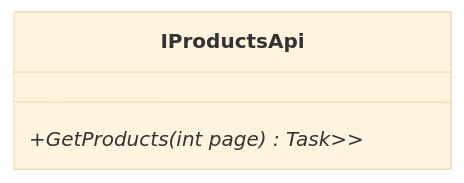
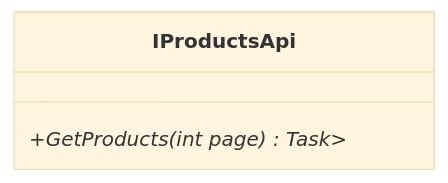
Before and after one commit to dominikus1993/argo-rossmann-product-fetcher: the fifth of 10 diagrams in CODE_METRICS.md, drawn with Mermaid (base theme). The commit also changed other lines of this file, not shown here.

````diff
--- a/CODE_METRICS.md
+++ b/CODE_METRICS.md
@@ -499,7 +566,7 @@
 ```mermaid
 classDiagram
 class IProductsApi{
-    +GetProducts(int page)* Task<RossmannApiResponse<List<ApiProductDto>>>
+    +GetProducts(int page)* Task<RossmannApiResponse<ApiProductData>>
 }
 
 ```
````
